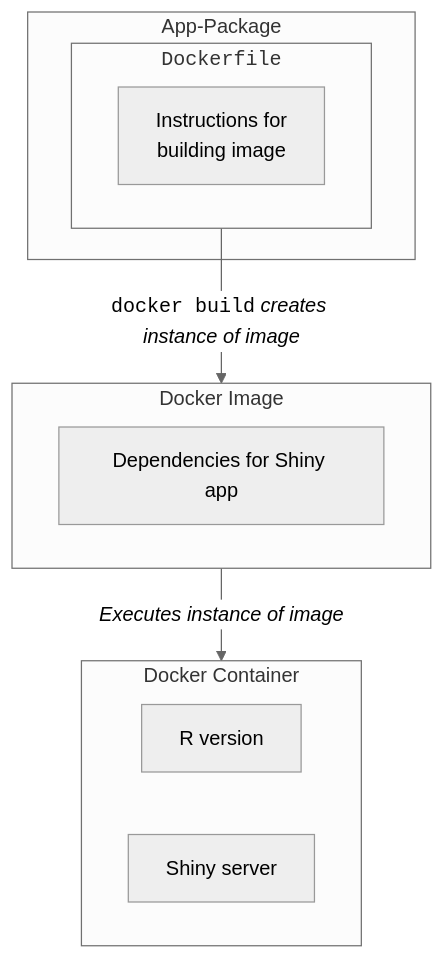
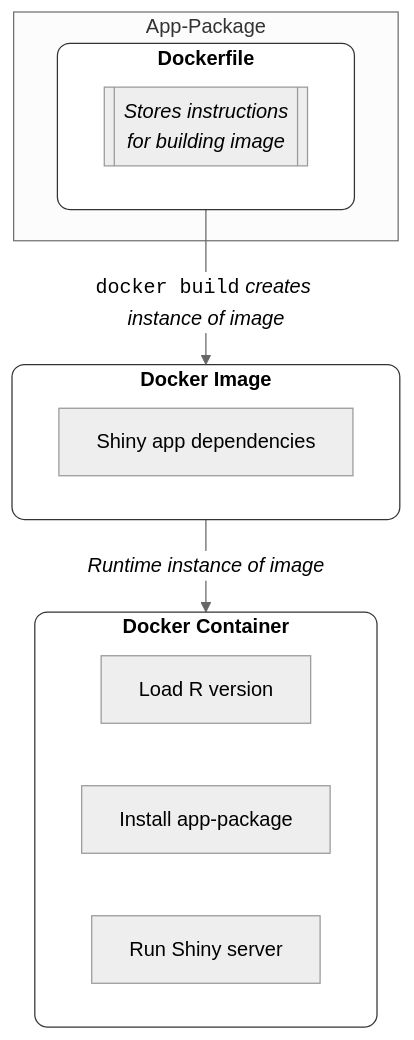
One commit to mjfrigaard/shiny-app-pkgs changed the diagram in docker.qmd. Above: the diagram before and after it, drawn with Mermaid. The commit also changed other lines of this file and 68 other files, not shown here.

````diff
--- a/docker.qmd
+++ b/docker.qmd
@@ -93,22 +89,27 @@
 ```{mermaid}
 %%| fig-align: center
 %%{init: {'theme': 'neutral', 'themeVariables': { 'fontFamily': 'monospace', "fontSize":"16px"}}}%%
 
 flowchart TB
     subgraph AP["App-Package"]
-        subgraph DockFile["<code>Dockerfile</code>"]
-            Instructions["Instructions for<br>building image"]
+        subgraph DockFile["<strong>Dockerfile</strong>"]
+            Instructions[["<em>Stores instructions<br>for building image</em>"]]
         end
     end
-        subgraph DockImg["Docker Image"]
-            Image["Dependencies for Shiny app"]
+        subgraph DockImg["<strong>Docker Image</strong>"]
+            Image["Shiny app dependencies"]
         end
 
-        subgraph DockCont["Docker Container"]
-            R["R version"]
-            ShinyDep["Shiny server"]
+        subgraph DockCont["<strong>Docker Container</strong>"]
+            R["Load R version"]
+            Pkg["Install app-package"]
+            ShinyDep["Run Shiny server"]
         end
 
     DockFile -->|"<code>docker build</code> <em>creates instance of image</em>"| DockImg
-    DockImg --> |"<em>Executes instance of image</em>"|DockCont
+    DockImg --> |"<em>Runtime instance of image</em>"|DockCont
+
+    style DockFile fill:#FFFFFF,color:#000000,stroke:#333,stroke-width:1px,rx:10,ry:10
+    style DockImg fill:#FFFFFF,color:#000000,stroke:#333,stroke-width:1px,rx:10,ry:10
+    style DockCont fill:#FFFFFF,color:#000000,stroke:#333,stroke-width:1px,rx:10,ry:10
 ```
````
